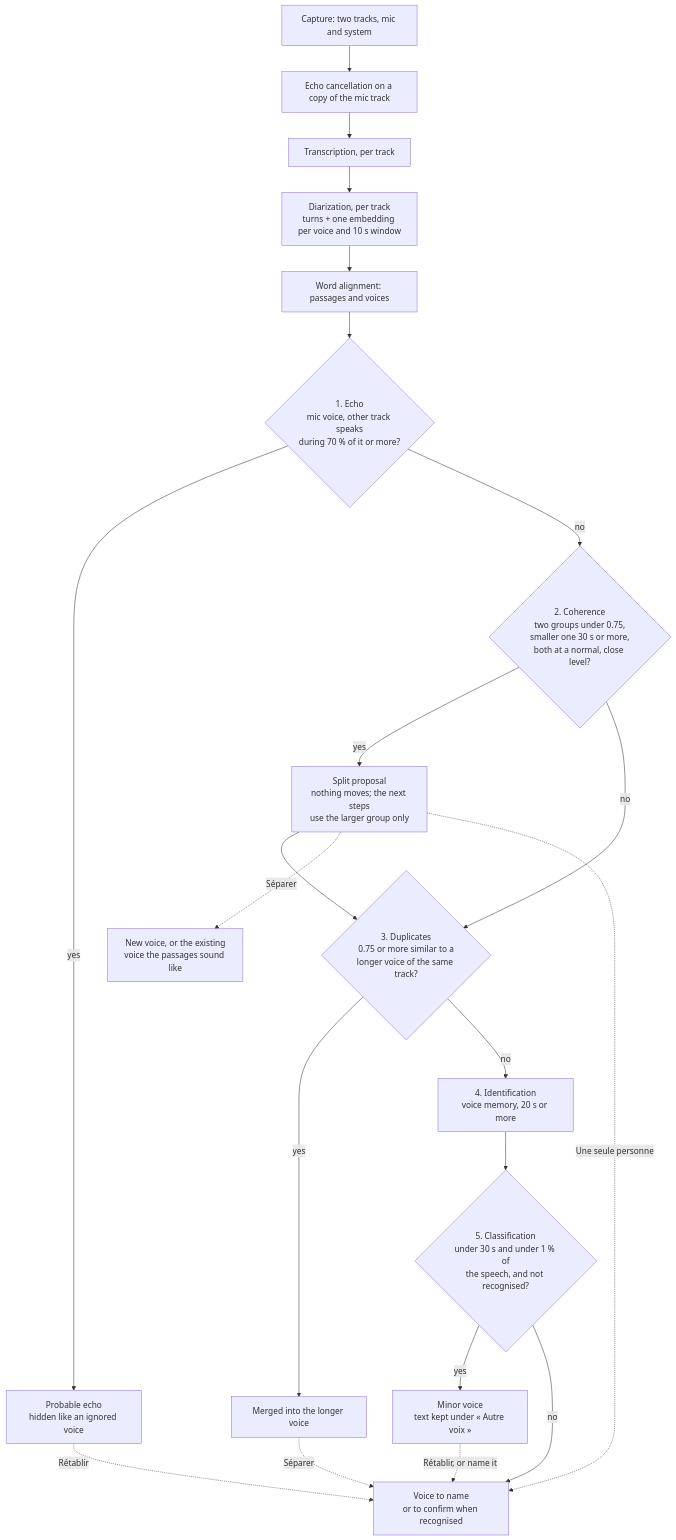
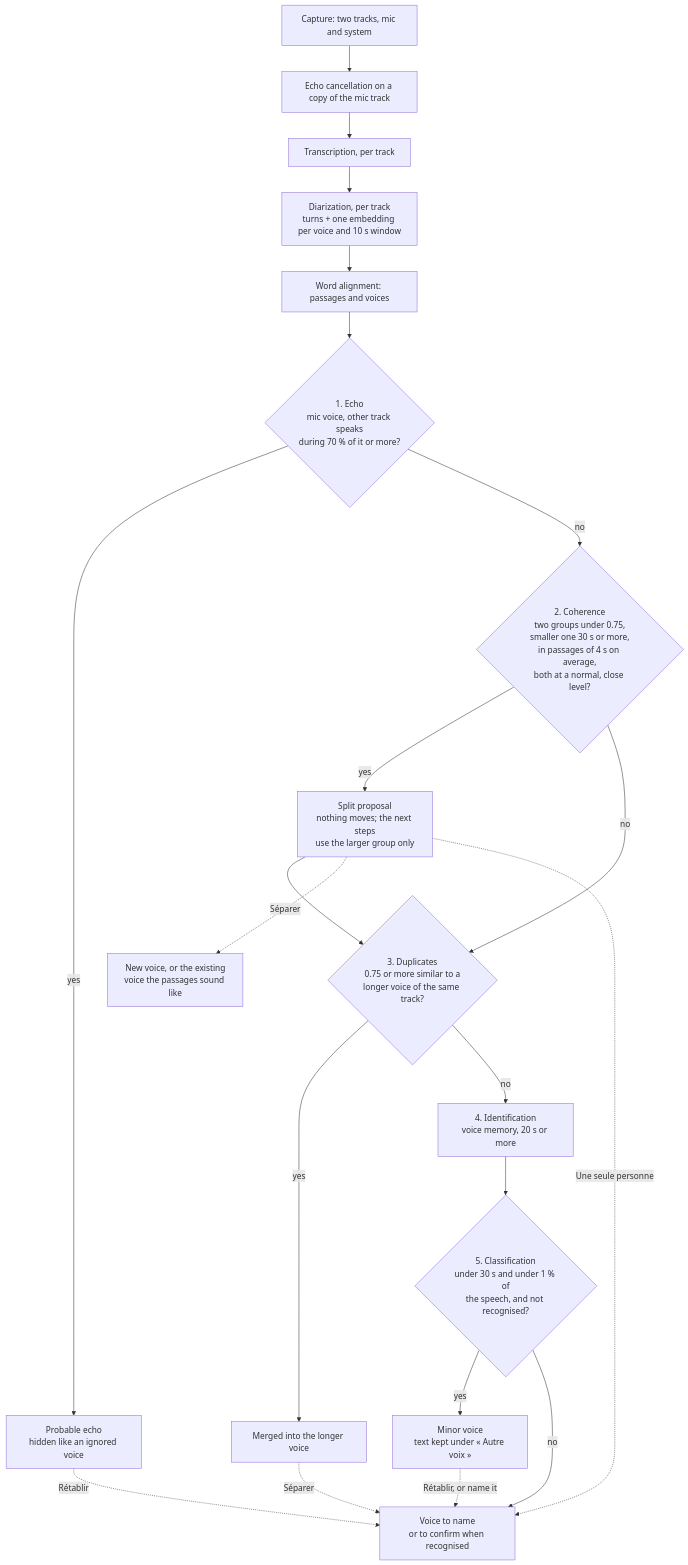
The diagram in docs/voice-post-processing.md (alepee/how-was-your-day), drawn with Mermaid before and after one commit. The commit also changed other lines of this file and 2 other files, not shown here.

Commit message:
fix(voice): propose a split only for passages of 4 s or more on average

````diff
--- a/docs/voice-post-processing.md
+++ b/docs/voice-post-processing.md
@@ -18,28 +18,28 @@
 ```mermaid
 flowchart TD
     capture["Capture: two tracks, mic and system"] --> aec["Echo cancellation on a copy of the mic track"]
     aec --> asr["Transcription, per track"]
     asr --> diar["Diarization, per track<br/>turns + one embedding per voice and 10 s window"]
     diar --> align["Word alignment: passages and voices"]
     align --> echo{"1. Echo<br/>mic voice, other track speaks<br/>during 70 % of it or more?"}
 
     echo -- yes --> isEcho["Probable echo<br/>hidden like an ignored voice"]
-    echo -- no --> coherence{"2. Coherence<br/>two groups under 0.75,<br/>smaller one 30 s or more,<br/>both at a normal, close level?"}
+    echo -- no --> coherence{"2. Coherence<br/>two groups under 0.75,<br/>smaller one 30 s or more,<br/>in passages of 4 s on average,<br/>both at a normal, close level?"}
 
     coherence -- yes --> proposal["Split proposal<br/>nothing moves; the next steps<br/>use the larger group only"]
     coherence -- no --> duplicates
     proposal --> duplicates{"3. Duplicates<br/>0.75 or more similar to a<br/>longer voice of the same track?"}
 
     duplicates -- yes --> merged["Merged into the longer voice"]
     duplicates -- no --> identify["4. Identification<br/>voice memory, 20 s or more"]
     identify --> minor{"5. Classification<br/>under 30 s and under 1 % of<br/>the speech, and not recognised?"}
 
     minor -- yes --> isMinor["Minor voice<br/>text kept under « Autre voix »"]
     minor -- no --> main["Voice to name<br/>or to confirm when recognised"]
 
     isEcho -. "Rétablir" .-> main
     merged -. "Séparer" .-> main
     isMinor -. "Rétablir, or name it" .-> main
     proposal -. "Séparer" .-> newVoice["New voice, or the existing<br/>voice the passages sound like"]
     proposal -. "Une seule personne" .-> main
 ```
````
